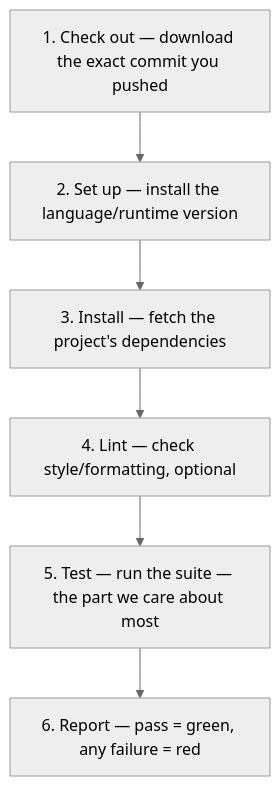
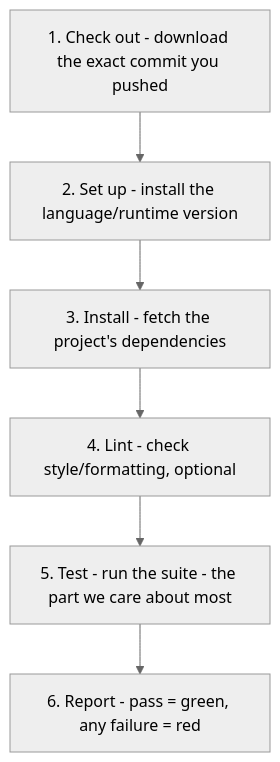
Before and after one commit to Topurrra/themissingmanual: the diagram in guides/testing/testing-in-ci/02-inside-the-pipeline.md, drawn with Mermaid (neutral theme). The commit also changed other lines of this file and 1072 other files, not shown here.

````diff
--- a/guides/testing/testing-in-ci/02-inside-the-pipeline.md
+++ b/guides/testing/testing-in-ci/02-inside-the-pipeline.md
@@ -24,10 +24,10 @@
 ```mermaid
 flowchart TD
-  Checkout[1. Check out — download the exact commit you pushed]
-  Setup[2. Set up — install the language/runtime version]
-  Install[3. Install — fetch the project's dependencies]
-  Lint[4. Lint — check style/formatting, optional]
-  Test[5. Test — run the suite — the part we care about most]
-  Report[6. Report — pass = green, any failure = red]
+  Checkout[1. Check out - download the exact commit you pushed]
+  Setup[2. Set up - install the language/runtime version]
+  Install[3. Install - fetch the project's dependencies]
+  Lint[4. Lint - check style/formatting, optional]
+  Test[5. Test - run the suite - the part we care about most]
+  Report[6. Report - pass = green, any failure = red]
   Checkout --> Setup --> Install --> Lint --> Test --> Report
 ```
````
